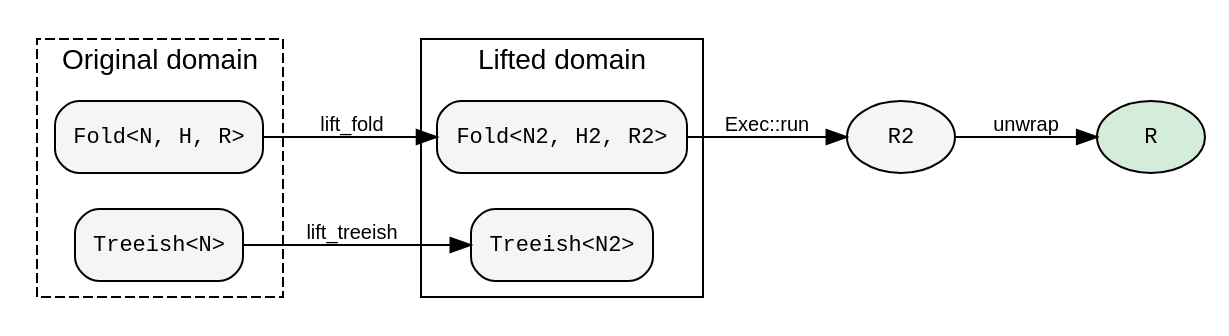
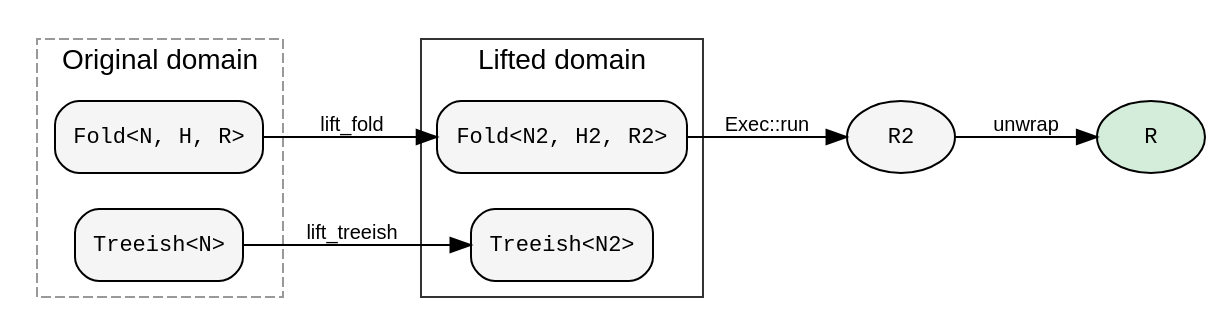
The first of 2 diagrams in book/src/design/lifts.md (hylic-recursion/hylic-docs), drawn with Graphviz before and after one commit. The commit also changed 2 other files, not shown here.

Commit message:
Fix P0 issues, DOT colors, mdbook build path, Makefile targets
- Snapshot include paths: use explicit snap names (5 fixes)
- N:Clone table: all approaches require it
- DOT colors: 3-digit hex → 6-digit (graphviz compat)
- mdbook build runs from book/ directory (was failing from root)
- intro.md: remove broken placeholder URL
- Makefile: hylic-docs-build, hylic-docs-serve, hylic-docs-open

````diff
--- a/book/src/design/lifts.md
+++ b/book/src/design/lifts.md
@@ -18,31 +18,31 @@
 ```dot process
 digraph {
     rankdir=LR;
     node [shape=box, style="rounded,filled", fillcolor="#f5f5f5", fontname="monospace", fontsize=11];
     edge [fontname="sans-serif", fontsize=10];
 
     subgraph cluster_original {
         label="Original domain";
-        style=dashed; color="#999";
+        style=dashed; color="#999999";
         fontname="sans-serif";
         F [label="Fold<N, H, R>"];
         T [label="Treeish<N>"];
     }
 
     subgraph cluster_lifted {
         label="Lifted domain";
-        style=solid; color="#333";
+        style=solid; color="#333333";
         fontname="sans-serif";
         F2 [label="Fold<N2, H2, R2>"];
         T2 [label="Treeish<N2>"];
     }
 
     R2 [label="R2", shape=ellipse];
     R  [label="R", shape=ellipse, style=filled, fillcolor="#d4edda"];
 
     F -> F2 [label="lift_fold"];
     T -> T2 [label="lift_treeish"];
     F2 -> R2 [label="Exec::run"];
     R2 -> R  [label="unwrap"];
 }
 ```
````
